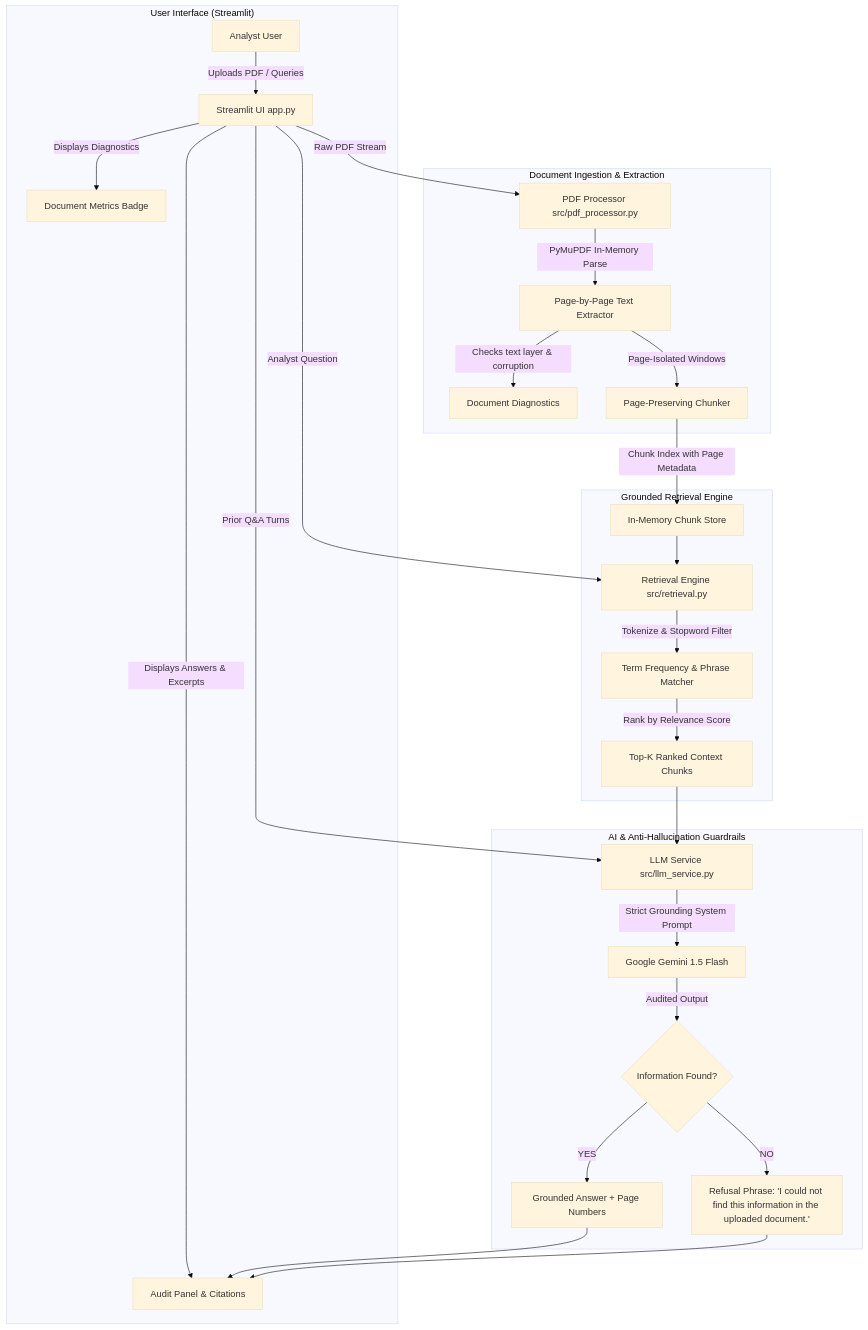
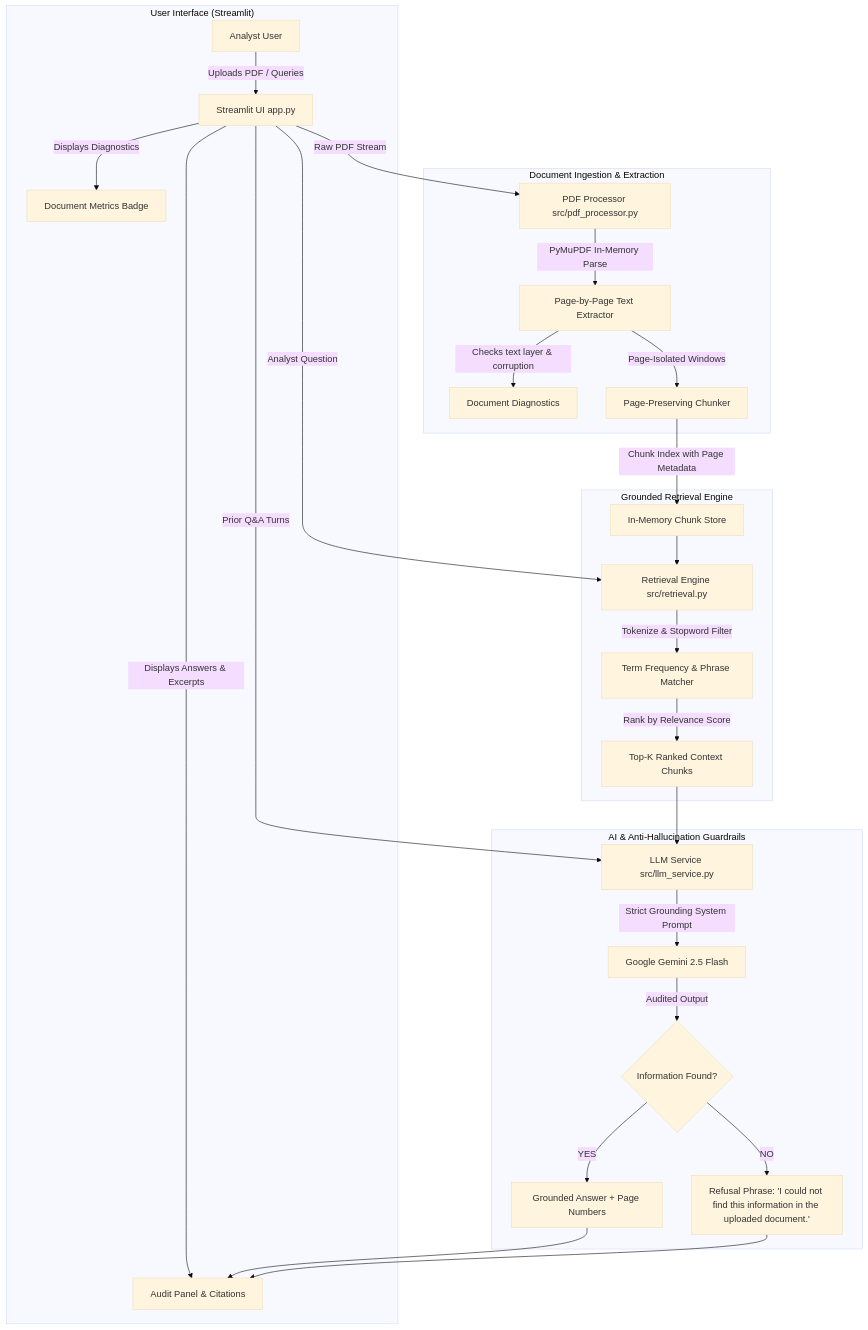
The first of 2 diagrams in docs/architecture.md (Aditi000-hash/ASTRA-INTEL), drawn with Mermaid (base theme) before and after one commit. The commit also changed other lines of this file and 5 other files, not shown here.

Commit message:
Update default Gemini model to gemini-2.5-flash across application, tests, and documentation

````diff
--- a/docs/architecture.md
+++ b/docs/architecture.md
@@ -12,34 +12,34 @@
 ```mermaid
 flowchart TD
     subgraph UI_Layer ["User Interface (Streamlit)"]
         A[Analyst User] -->|Uploads PDF / Queries| B[Streamlit UI app.py]
         B -->|Displays Diagnostics| C[Document Metrics Badge]
         B -->|Displays Answers & Excerpts| D[Audit Panel & Citations]
     end
 
     subgraph Processing_Layer ["Document Ingestion & Extraction"]
         B -->|Raw PDF Stream| E[PDF Processor src/pdf_processor.py]
         E -->|PyMuPDF In-Memory Parse| F[Page-by-Page Text Extractor]
         F -->|Checks text layer & corruption| G[Document Diagnostics]
         F -->|Page-Isolated Windows| H[Page-Preserving Chunker]
     end
 
     subgraph Retrieval_Layer ["Grounded Retrieval Engine"]
         H -->|Chunk Index with Page Metadata| I[In-Memory Chunk Store]
         B -->|Analyst Question| J[Retrieval Engine src/retrieval.py]
         I --> J
         J -->|Tokenize & Stopword Filter| K[Term Frequency & Phrase Matcher]
         K -->|Rank by Relevance Score| L[Top-K Ranked Context Chunks]
     end
 
     subgraph Intelligence_Layer ["AI & Anti-Hallucination Guardrails"]
         L --> M[LLM Service src/llm_service.py]
         B -->|Prior Q&A Turns| M
-        M -->|Strict Grounding System Prompt| N[Google Gemini 1.5 Flash]
+        M -->|Strict Grounding System Prompt| N[Google Gemini 2.5 Flash]
         N -->|Audited Output| O{Information Found?}
         O -->|YES| P[Grounded Answer + Page Numbers]
         O -->|NO| Q["Refusal Phrase: 'I could not find this information in the uploaded document.'"]
         P --> D
         Q --> D
     end
 ```
````
